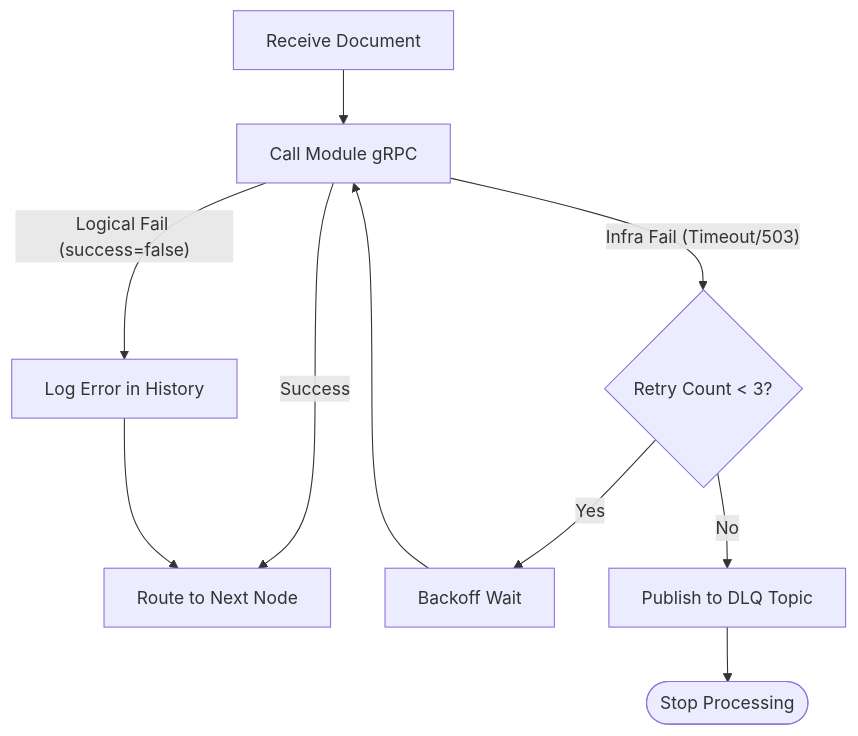
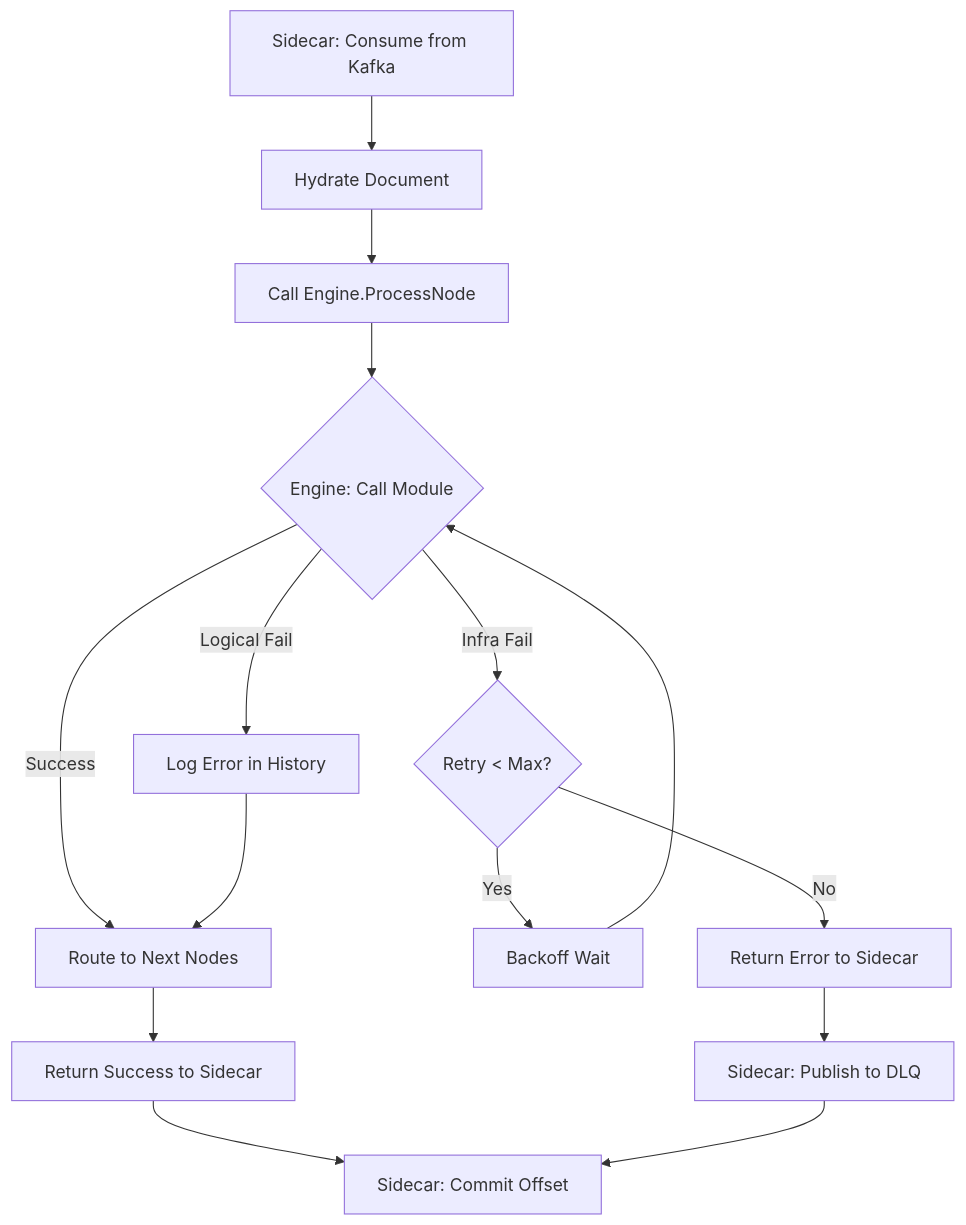
Before and after one commit to ai-pipestream/pipestream-engine: the first of 2 diagrams in docs/architecture/10-dlq-handling.md, drawn with Mermaid. The commit also changed other lines of this file, not shown here.

Commit message:
docs: Fix DLQ handling - Sidecar owns DLQ publish, Engine stays pure gRPC

````diff
--- a/docs/architecture/10-dlq-handling.md
+++ b/docs/architecture/10-dlq-handling.md
@@ -56,15 +191,22 @@
 ```mermaid
 flowchart TD
-    Start[Receive Document] --> Call[Call Module gRPC]
-    Call -- Success --> Next[Route to Next Node]
+    Start[Sidecar: Consume from Kafka] --> Hydrate[Hydrate Document]
+    Hydrate --> Call[Call Engine.ProcessNode]
     
-    Call -- "Logical Fail (success=false)" --> Log[Log Error in History]
-    Log --> Next
+    Call --> EngineRetry{Engine: Call Module}
+    EngineRetry -- Success --> Route[Route to Next Nodes]
+    Route --> OK[Return Success to Sidecar]
     
-    Call -- "Infra Fail (Timeout/503)" --> Retry{Retry Count < 3?}
+    EngineRetry -- "Logical Fail" --> Log[Log Error in History]
+    Log --> Route
+    
+    EngineRetry -- "Infra Fail" --> Retry{Retry < Max?}
     Retry -- Yes --> Wait[Backoff Wait]
-    Wait --> Call
+    Wait --> EngineRetry
     
-    Retry -- No --> DLQ[Publish to DLQ Topic]
-    DLQ --> End([Stop Processing])
+    Retry -- No --> Error[Return Error to Sidecar]
+    
+    OK --> Commit[Sidecar: Commit Offset]
+    Error --> DLQ[Sidecar: Publish to DLQ]
+    DLQ --> Commit
 ```
````
